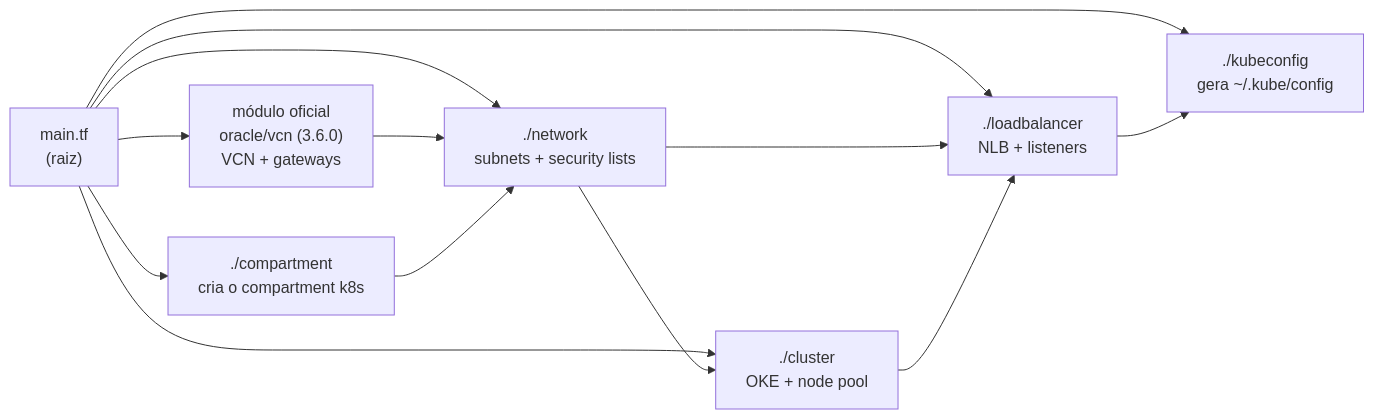
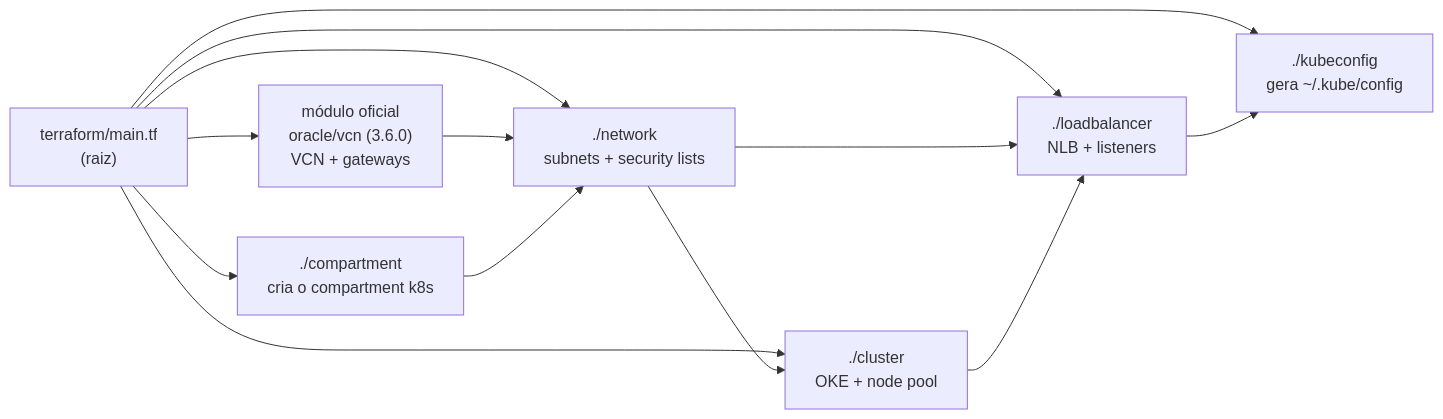
One commit to juanozorio/oke-cluster changed the second of 2 diagrams in README.md. Above: the diagram before and after it, drawn with Mermaid. The commit also changed other lines of this file and 67 other files, not shown here.

````diff
--- a/README.md
+++ b/README.md
@@ -113,17 +113,17 @@
 ```mermaid
 flowchart LR
-    root["main.tf<br/>(raiz)"]
+    root["terraform/main.tf<br/>(raiz)"]
     root --> compartment["./compartment<br/>cria o compartment k8s"]
     root --> vcn["módulo oficial<br/>oracle/vcn (3.6.0)<br/>VCN + gateways"]
     root --> network["./network<br/>subnets + security lists"]
     root --> cluster["./cluster<br/>OKE + node pool"]
     root --> loadbalancer["./loadbalancer<br/>NLB + listeners"]
     root --> kubeconfig["./kubeconfig<br/>gera ~/.kube/config"]
 
     vcn --> network
     compartment --> network
     network --> cluster
     network --> loadbalancer
     cluster --> loadbalancer
     loadbalancer --> kubeconfig
 ```
````
